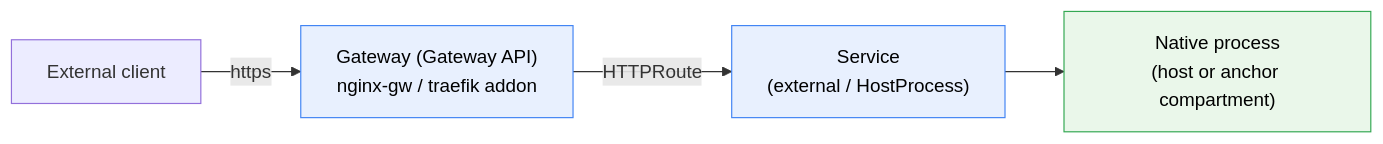
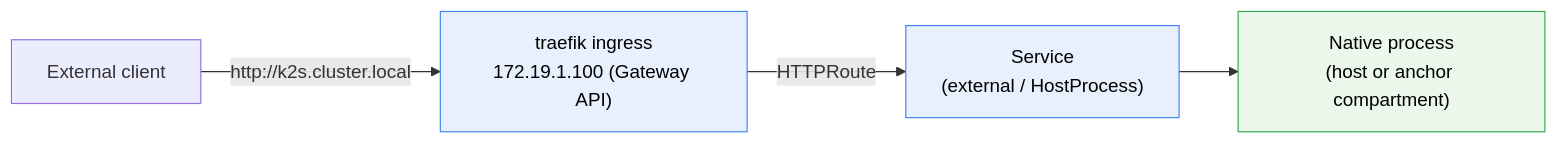
One commit to Siemens-Healthineers/K2s changed the seventh of 8 diagrams in docs/op-manual/integrating-native-processes.md. Above: the diagram before and after it, drawn with Mermaid. The commit also changed other lines of this file and 6 other files, not shown here.

````diff
--- a/docs/op-manual/integrating-native-processes.md
+++ b/docs/op-manual/integrating-native-processes.md
@@ -395,10 +399,10 @@
 ```mermaid
 flowchart LR
-    EXT["External client"] -->|"https"| GW["Gateway (Gateway API)<br/>nginx-gw / traefik addon"]
+    EXT["External client"] -->|"http://k2s.cluster.local"| GW["traefik ingress<br/>172.19.1.100 (Gateway API)"]
     GW -->|"HTTPRoute"| SVC["Service<br/>(external / HostProcess)"]
     SVC --> BE["Native process<br/>(host or anchor compartment)"]
     classDef svc fill:#e8f0fe,stroke:#4285f4,color:#000;
     classDef host fill:#eaf7ea,stroke:#34a853,color:#000;
     class GW,SVC svc;
     class BE host;
 ```
````
